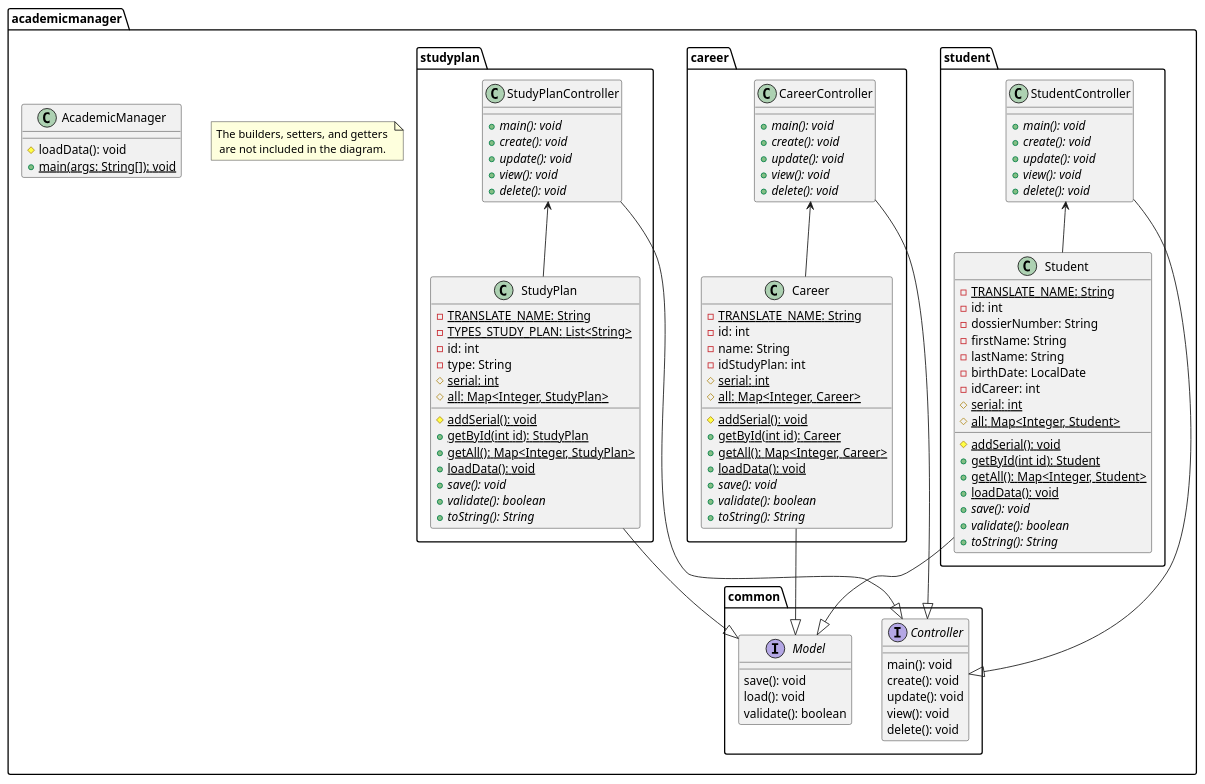
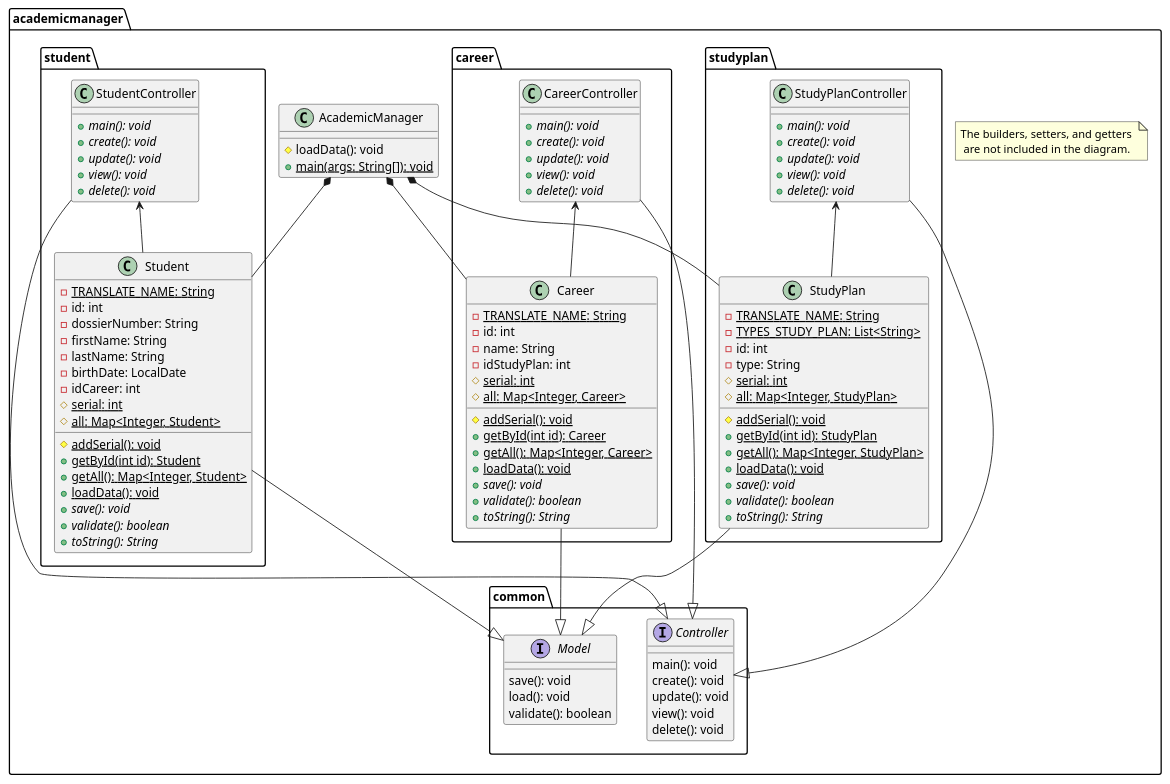
Before and after one commit to GiulianoPoeta99/tpi-gestor-academico: the diagram in AcademicManager.puml, drawn with PlantUML. The commit also changed 1 other file, not shown here.

Commit message:
se modifico main

```diff
--- a/AcademicManager.puml
+++ b/AcademicManager.puml
@@ -1,156 +1,161 @@
 @startuml AcademicManager
 
 
 package academicmanager {
     note "The builders, setters, and getters \n are not included in the diagram." as N1
 
     class AcademicManager {
         # loadData(): void
         {static} + main(args: String[]): void
     }
 
     ' ==========================================================================
 
     package common {
 
         interface Model {
             save(): void
             load(): void
             validate(): boolean
         }
 
         interface Controller {
             main(): void
             create(): void
             update(): void
             view(): void
             delete(): void
         }
 
     }
 
     ' ==========================================================================
 
     package student {
         
         class Student {
             {static} - TRANSLATE_NAME: String
             - id: int
             - dossierNumber: String
             - firstName: String
             - lastName: String
             - birthDate: LocalDate
             - idCareer: int
             {static} # serial: int
             {static} # all: Map<Integer, Student>
 
             {static} # addSerial(): void
             {static} + getById(int id): Student
             {static} + getAll(): Map<Integer, Student>
             {static} + loadData(): void
             {abstract} + save(): void
             {abstract} + validate(): boolean
             {abstract} + toString(): String
         }
 
         class StudentController {
             {abstract} + main(): void
             {abstract} + create(): void
             {abstract} + update(): void
             {abstract} + view(): void
             {abstract} + delete(): void
         }
 
     }
     
     ' ==========================================================================
 
     package career {
         
         class Career {
             {static} - TRANSLATE_NAME: String
             - id: int
             - name: String
             - idStudyPlan: int
             {static} # serial: int
             {static} # all: Map<Integer, Career>
 
             {static} # addSerial(): void
             {static} + getById(int id): Career
             {static} + getAll(): Map<Integer, Career>
             {static} + loadData(): void
             {abstract} + save(): void
             {abstract} + validate(): boolean
             {abstract} + toString(): String
         }
 
         class CareerController {
             {abstract} + main(): void
             {abstract} + create(): void
             {abstract} + update(): void
             {abstract} + view(): void
             {abstract} + delete(): void
         }
 
     }
 
     ' ==========================================================================
 
     package studyplan {
         
         class StudyPlan {
             {static} - TRANSLATE_NAME: String
             {static} - TYPES_STUDY_PLAN: List<String>
             - id: int
             - type: String
             {static} # serial: int
             {static} # all: Map<Integer, StudyPlan>
 
             {static} # addSerial(): void
             {static} + getById(int id): StudyPlan
             {static} + getAll(): Map<Integer, StudyPlan>
             {static} + loadData(): void
             {abstract} + save(): void
             {abstract} + validate(): boolean
             {abstract} + toString(): String
         }
 
         class StudyPlanController {
             {abstract} + main(): void
             {abstract} + create(): void
             {abstract} + update(): void
             {abstract} + view(): void
             {abstract} + delete(): void
         }
 
     }
 }
 
 ' ==============================================================================
 ' conexiones de clases
 
+' main
+AcademicManager *-- Student
+AcademicManager *-- Career
+AcademicManager *-- StudyPlan 
+
 ' estudiantes 
 
 Student --|> Model
 
 StudentController --|> Controller
 StudentController <-- Student
 
 ' carreras
 
 Career --|> Model
 
 CareerController --|> Controller
 CareerController <-- Career
 
 ' Plan de Estudio
 
 StudyPlan --|> Model
 
 StudyPlanController --|> Controller
 StudyPlanController <-- StudyPlan
 
 
 ' ==============================================================================
 
 @enduml
```
